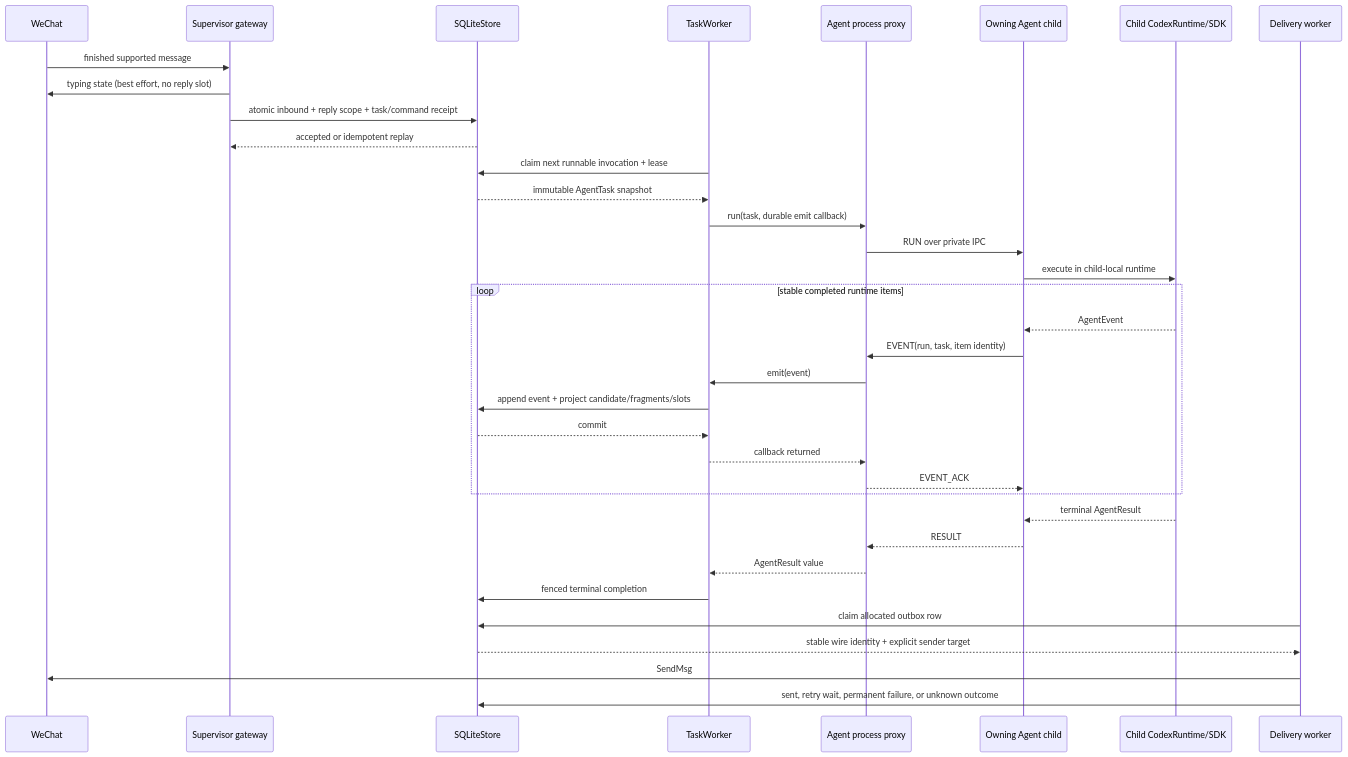
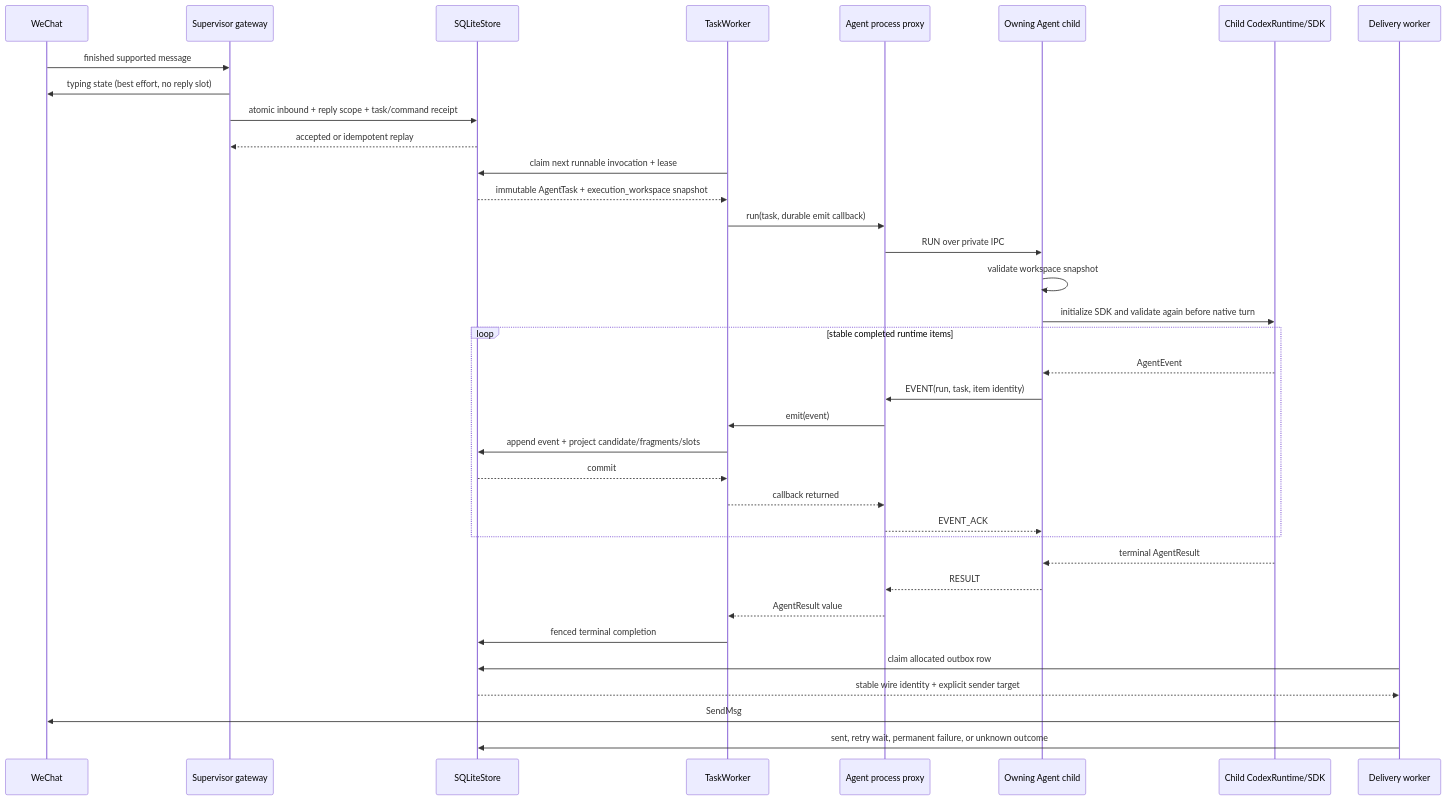
Before and after one commit to jingjing-gong/codex-on-wechat: the second of 2 diagrams in architecture.md, drawn with Mermaid. The commit also changed other lines of this file and 65 other files, not shown here.

````diff
--- a/architecture.md
+++ b/architecture.md
@@ -194,41 +200,42 @@
 ```mermaid
 sequenceDiagram
     participant W as WeChat
     participant G as Supervisor gateway
     participant S as SQLiteStore
     participant K as TaskWorker
     participant P as Agent process proxy
     participant A as Owning Agent child
     participant C as Child CodexRuntime/SDK
     participant O as Delivery worker
 
     W->>G: finished supported message
     G->>W: typing state (best effort, no reply slot)
     G->>S: atomic inbound + reply scope + task/command receipt
     S-->>G: accepted or idempotent replay
 
     K->>S: claim next runnable invocation + lease
-    S-->>K: immutable AgentTask snapshot
+    S-->>K: immutable AgentTask + execution_workspace snapshot
     K->>P: run(task, durable emit callback)
     P->>A: RUN over private IPC
-    A->>C: execute in child-local runtime
+    A->>A: validate workspace snapshot
+    A->>C: initialize SDK and validate again before native turn
 
     loop stable completed runtime items
         C-->>A: AgentEvent
         A->>P: EVENT(run, task, item identity)
         P->>K: emit(event)
         K->>S: append event + project candidate/fragments/slots
         S-->>K: commit
         K-->>P: callback returned
         P-->>A: EVENT_ACK
     end
 
     C-->>A: terminal AgentResult
     A-->>P: RESULT
     P-->>K: AgentResult value
     K->>S: fenced terminal completion
     O->>S: claim allocated outbox row
     S-->>O: stable wire identity + explicit sender target
     O->>W: SendMsg
     O->>S: sent, retry wait, permanent failure, or unknown outcome
 ```
````
